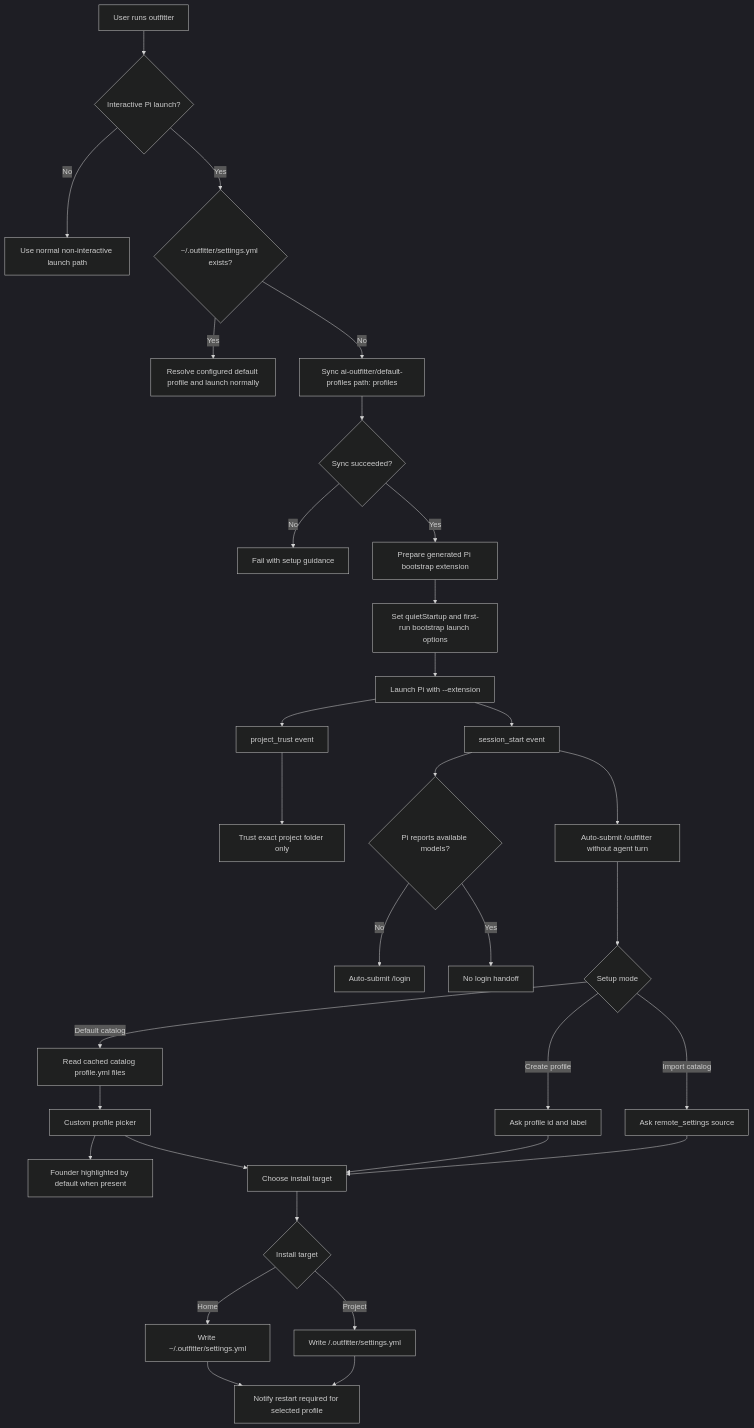
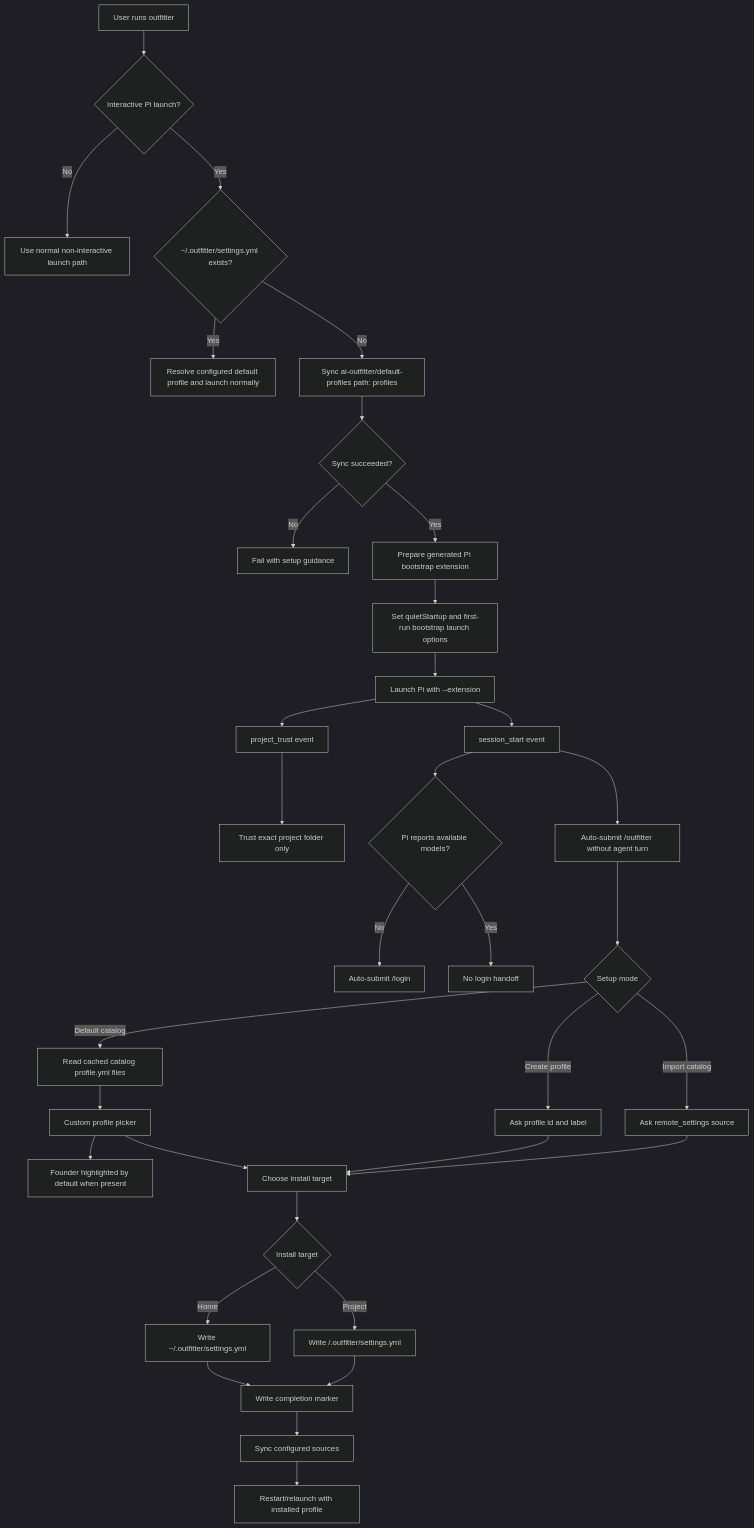
The diagram in docs/archtecture/onboarding.md (ai-outfitter/outfitter), drawn with Mermaid (dark theme) before and after one commit. The commit also changed other lines of this file and 8 other files, not shown here.

````diff
--- a/docs/archtecture/onboarding.md
+++ b/docs/archtecture/onboarding.md
@@ -25,34 +25,36 @@
 ```mermaid
 flowchart TD
   A[User runs outfitter] --> B{Interactive Pi launch?}
   B -- No --> B1[Use normal non-interactive launch path]
   B -- Yes --> C{~/.outfitter/settings.yml exists?}
   C -- Yes --> C1[Resolve configured default profile and launch normally]
   C -- No --> D[Sync ai-outfitter/default-profiles path: profiles]
   D --> E{Sync succeeded?}
   E -- No --> E1[Fail with setup guidance]
   E -- Yes --> F[Prepare generated Pi bootstrap extension]
   F --> G[Set quietStartup and first-run bootstrap launch options]
   G --> H[Launch Pi with --extension]
   H --> I[project_trust event]
   I --> I1[Trust exact project folder only]
   H --> J[session_start event]
   J --> K[Auto-submit /outfitter without agent turn]
   J --> L{Pi reports available models?}
   L -- No --> L1[Auto-submit /login]
   L -- Yes --> M[No login handoff]
   K --> N{Setup mode}
   N -- Default catalog --> O[Read cached catalog profile.yml files]
   O --> P[Custom profile picker]
   P --> P1[Founder highlighted by default when present]
   P --> Q[Choose install target]
   N -- Create profile --> R[Ask profile id and label]
   R --> Q
   N -- Import catalog --> S[Ask remote_settings source]
   S --> Q
   Q --> T{Install target}
   T -- Home --> U[Write ~/.outfitter/settings.yml]
   T -- Project --> V[Write <project>/.outfitter/settings.yml]
-  U --> W[Notify restart required for selected profile]
+  U --> W[Write completion marker]
   V --> W
+  W --> X[Sync configured sources]
+  X --> Y[Restart/relaunch with installed profile]
 ```
````
